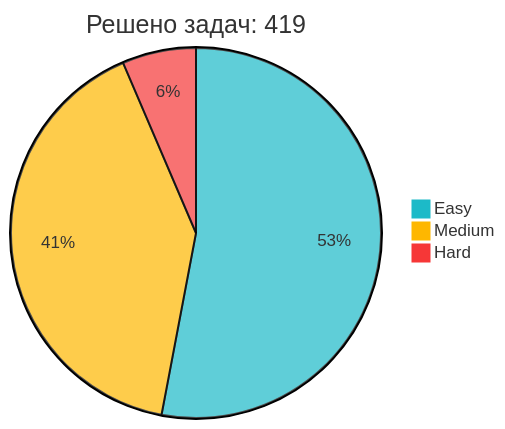
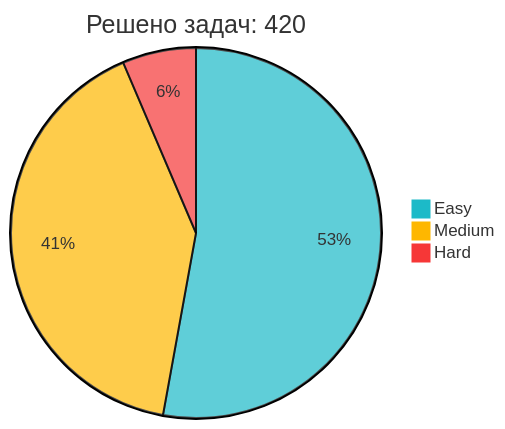
Before and after one commit to IliaKurdukov/IliaKurdukov: the diagram in README.md, drawn with Mermaid. The commit also changed other lines of this file, not shown here.

Commit message:
📈 Обновление статистики LeetCode

````diff
--- a/README.md
+++ b/README.md
@@ -51,7 +51,7 @@
 ```mermaid
 %%{init: {'theme': 'base', 'themeVariables': { 'pie1': '#1CBAC8', 'pie2': '#FEB700', 'pie3': '#F63737' }, 'config': {'width': 300, 'height': 200}}}%%
-pie title Решено задач: 419
+pie title Решено задач: 420
    "Easy" : 222
-   "Medium" : 170
+   "Medium" : 171
    "Hard" : 27
 ```
````
